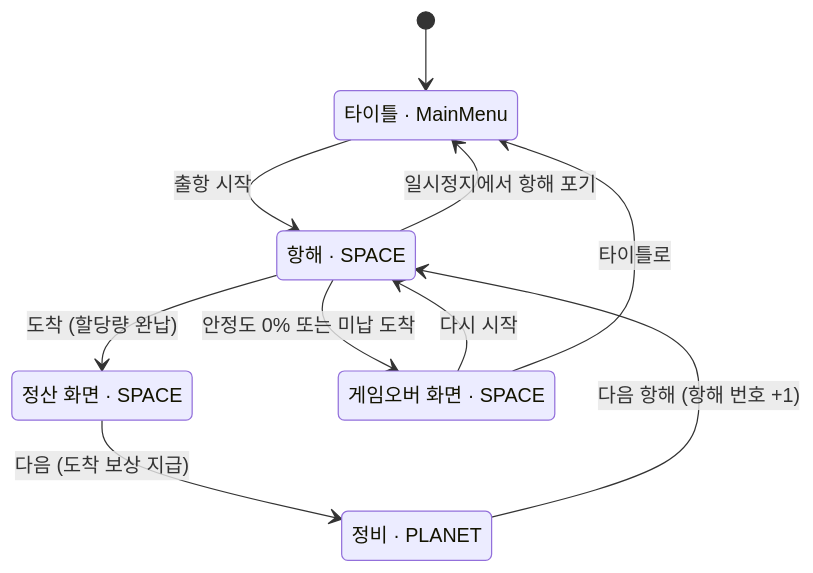
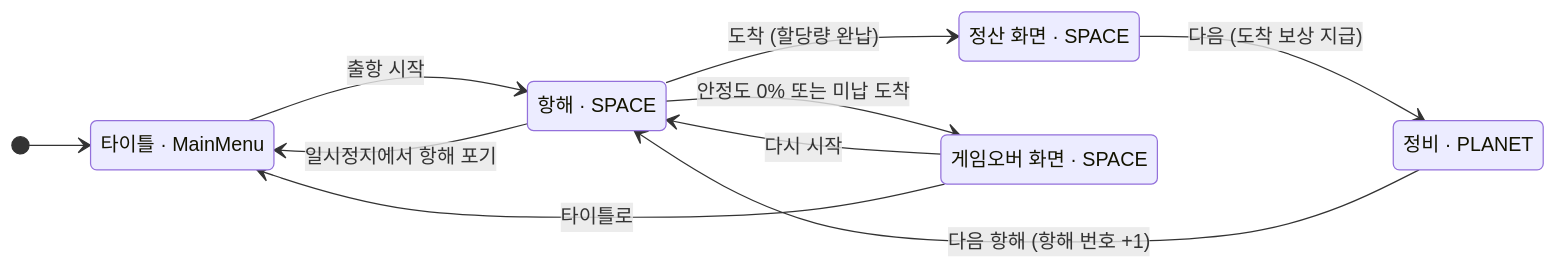
Before and after one commit to rlawlsdn77/portfolio: the second of 8 diagrams in src/OverFixed/OverFixed_기술문서.md, drawn with Mermaid. The commit also changed other lines of this file and 4 other files, not shown here.

````diff
--- a/src/OverFixed/OverFixed_기술문서.md
+++ b/src/OverFixed/OverFixed_기술문서.md
@@ -126,18 +112,19 @@
 ```mermaid
 stateDiagram-v2
+    direction LR
     state "타이틀 · MainMenu" as Title
     state "항해 · SPACE" as Voyage
     state "정산 화면 · SPACE" as Settle
     state "게임오버 화면 · SPACE" as Over
     state "정비 · PLANET" as Planet
 
     [*] --> Title
     Title --> Voyage: 출항 시작
     Voyage --> Settle: 도착 (할당량 완납)
     Voyage --> Over: 안정도 0% 또는 미납 도착
     Voyage --> Title: 일시정지에서 항해 포기
     Settle --> Planet: 다음 (도착 보상 지급)
     Planet --> Voyage: 다음 항해 (항해 번호 +1)
     Over --> Voyage: 다시 시작
     Over --> Title: 타이틀로
 ```
````
